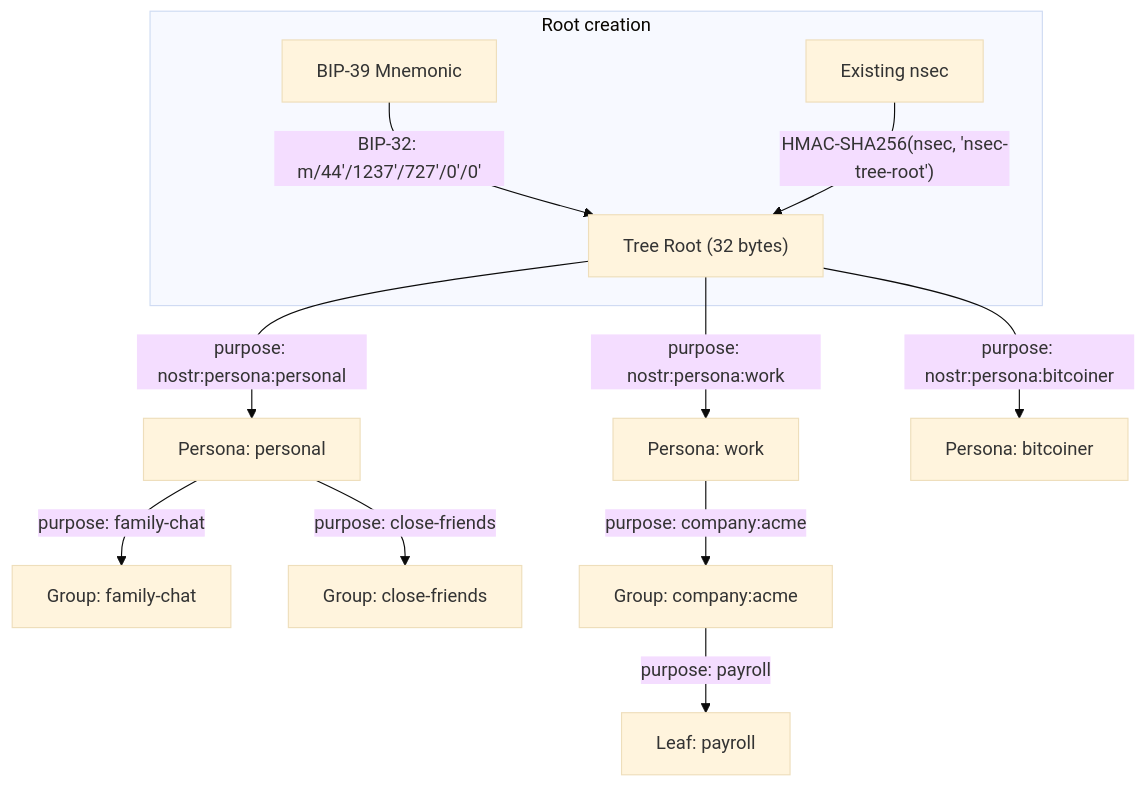
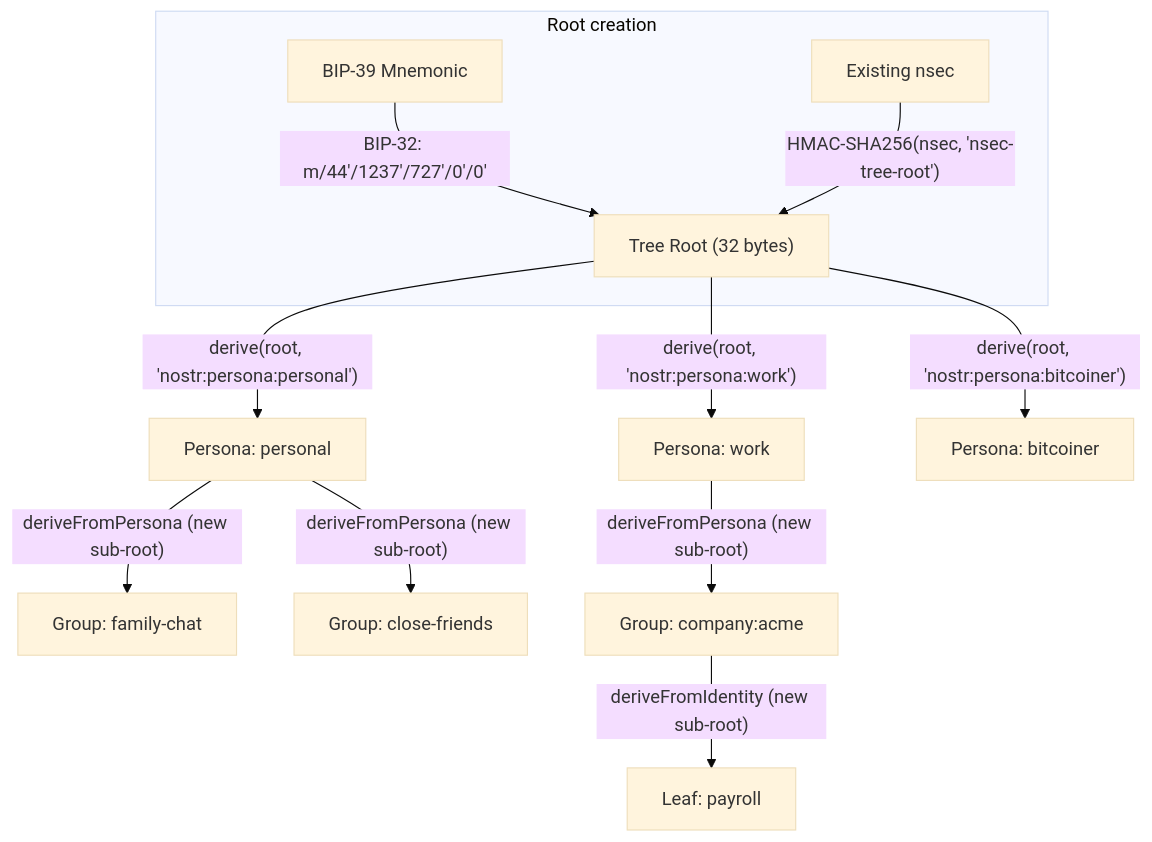
Before and after one commit to forgesworn/nsec-tree: the first of 2 diagrams in ARCHITECTURE.md, drawn with Mermaid (base theme). The commit also changed other lines of this file, not shown here.

Commit message:
docs: show two-level re-keying in derivation diagram
Groups derive from a new sub-root (via fromNsec on the persona's
private key), not directly from the master root. This is the core
isolation property.

````diff
--- a/ARCHITECTURE.md
+++ b/ARCHITECTURE.md
@@ -11,18 +11,18 @@
 ```mermaid
 graph TB
     subgraph "Root creation"
         MNEMONIC["BIP-39 Mnemonic"] -->|"BIP-32: m/44'/1237'/727'/0'/0'"| ROOT
         NSEC["Existing nsec"] -->|"HMAC-SHA256(nsec, 'nsec-tree-root')"| ROOT
     end
 
     ROOT["Tree Root (32 bytes)"]
 
-    ROOT -->|"purpose: nostr:persona:personal"| P1["Persona: personal"]
-    ROOT -->|"purpose: nostr:persona:work"| P2["Persona: work"]
-    ROOT -->|"purpose: nostr:persona:bitcoiner"| P3["Persona: bitcoiner"]
+    ROOT -->|"derive(root, 'nostr:persona:personal')"| P1["Persona: personal"]
+    ROOT -->|"derive(root, 'nostr:persona:work')"| P2["Persona: work"]
+    ROOT -->|"derive(root, 'nostr:persona:bitcoiner')"| P3["Persona: bitcoiner"]
 
-    P1 -->|"purpose: family-chat"| G1["Group: family-chat"]
-    P1 -->|"purpose: close-friends"| G2["Group: close-friends"]
-    P2 -->|"purpose: company:acme"| G3["Group: company:acme"]
-    G3 -->|"purpose: payroll"| L1["Leaf: payroll"]
+    P1 -->|"deriveFromPersona (new sub-root)"| G1["Group: family-chat"]
+    P1 -->|"deriveFromPersona (new sub-root)"| G2["Group: close-friends"]
+    P2 -->|"deriveFromPersona (new sub-root)"| G3["Group: company:acme"]
+    G3 -->|"deriveFromIdentity (new sub-root)"| L1["Leaf: payroll"]
 ```
````
